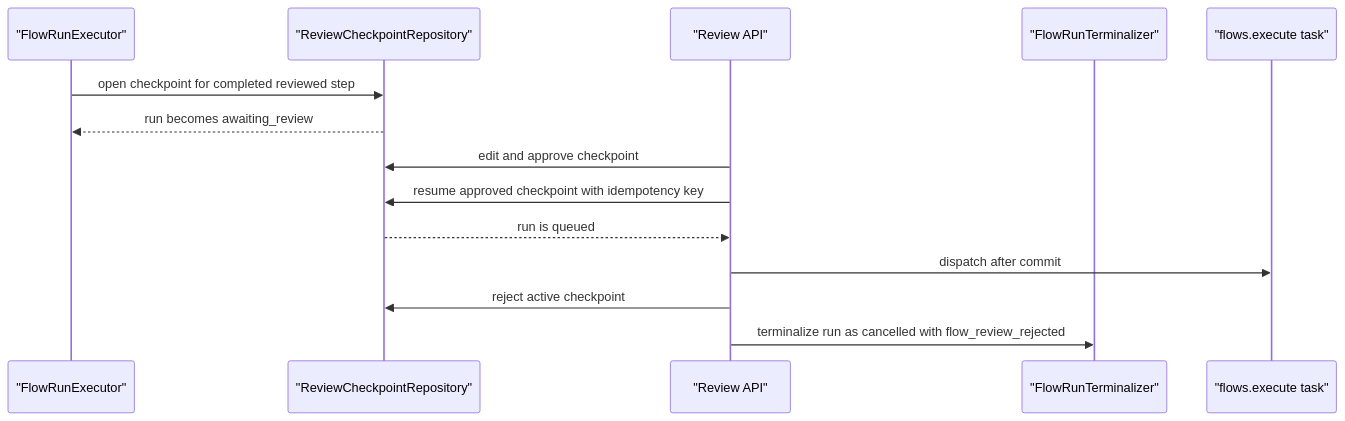
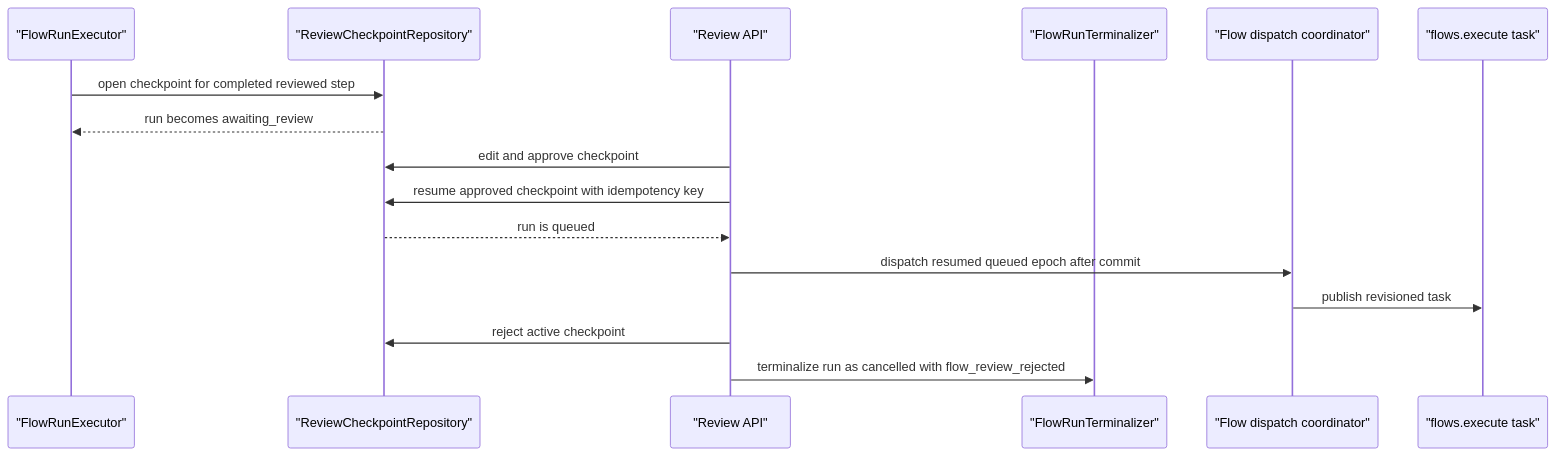
The sixth of 7 diagrams in frontend/apps/docs-site/src/content/docs/flows-for-developers/run-lifecycle.mdx (eneo-ai/eneo), drawn with Mermaid before and after one commit. The commit also changed other lines of this file and 10 other files, not shown here.

First line of the commit message:
fix(flows-api): publish truthful dispatch recovery state

````diff
--- a/frontend/apps/docs-site/src/content/docs/flows-for-developers/run-lifecycle.mdx
+++ b/frontend/apps/docs-site/src/content/docs/flows-for-developers/run-lifecycle.mdx
@@ -244,17 +247,19 @@
 ```mermaid
 %%{init: {"themeVariables": {"background": "#f8f6f0", "primaryColor": "#e8ded1", "primaryTextColor": "#242620", "primaryBorderColor": "#6f7b5d", "secondaryColor": "#d7e0d2", "tertiaryColor": "#f1ece4", "lineColor": "#78816f", "edgeLabelBackground": "#f8f6f0", "clusterBkg": "#f4efe7", "clusterBorder": "#9a8a73", "fontFamily": "Inter, ui-sans-serif, system-ui, sans-serif"}}}%%
 sequenceDiagram
   participant Executor as "FlowRunExecutor"
   participant Repo as "ReviewCheckpointRepository"
   participant API as "Review API"
   participant Terminalizer as "FlowRunTerminalizer"
+  participant Dispatch as "Flow dispatch coordinator"
   participant Worker as "flows.execute task"
   Executor->>Repo: open checkpoint for completed reviewed step
   Repo-->>Executor: run becomes awaiting_review
   API->>Repo: edit and approve checkpoint
   API->>Repo: resume approved checkpoint with idempotency key
   Repo-->>API: run is queued
-  API->>Worker: dispatch after commit
+  API->>Dispatch: dispatch resumed queued epoch after commit
+  Dispatch->>Worker: publish revisioned task
   API->>Repo: reject active checkpoint
   API->>Terminalizer: terminalize run as cancelled with flow_review_rejected
 ```
````
